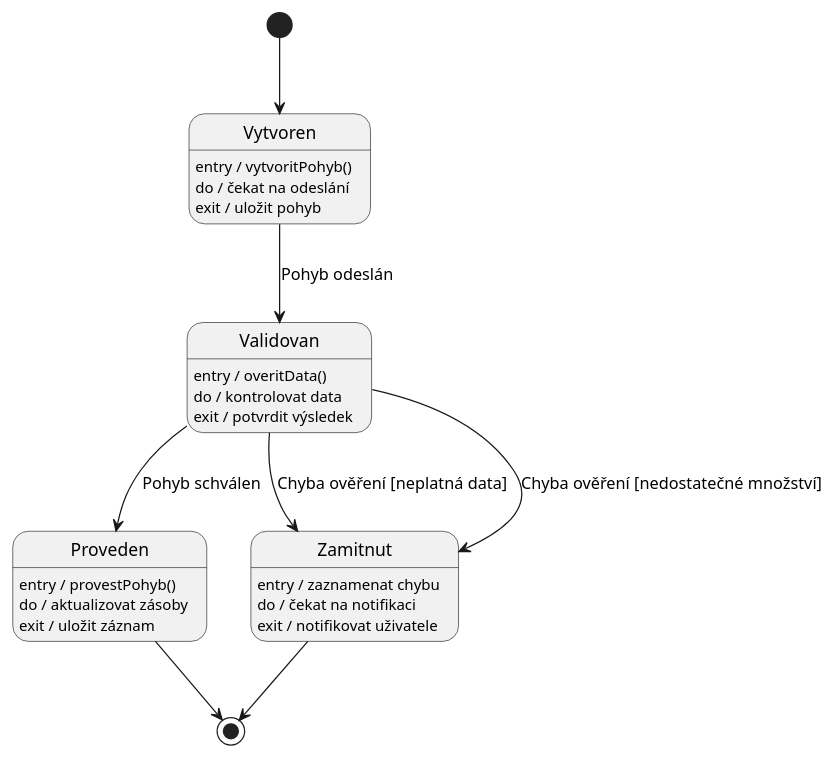
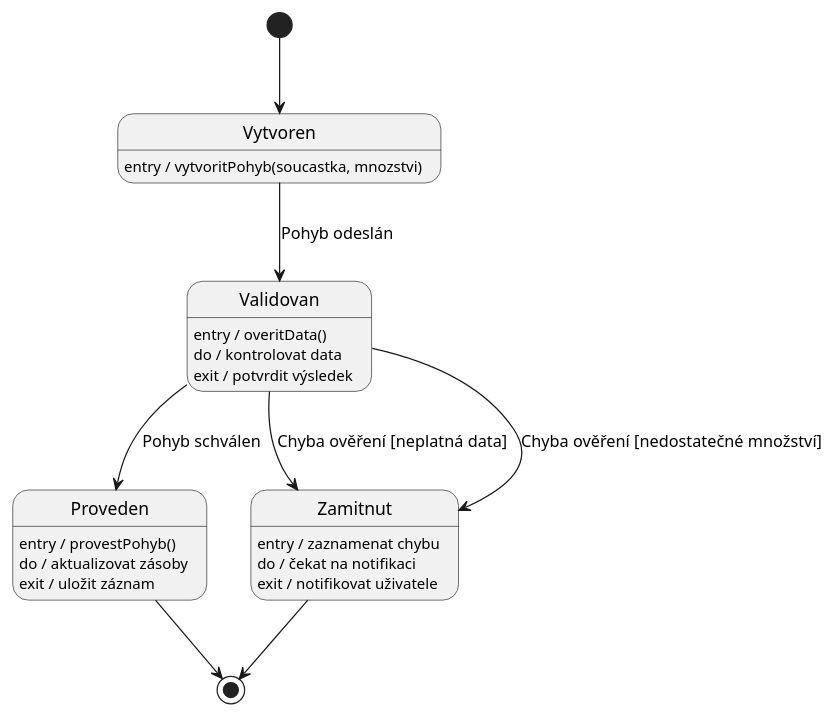
Before and after one commit to lkvapil/kOdevzdaniProjektWMS: the diagram in diagrams/09_state_pohyb_skladu.puml, drawn with PlantUML. The commit also changed 6 other files, not shown here.

Commit message:
fix: uprav diagramy a text - pojmy, parametry, scenare, stavove diagramy

```diff
--- a/diagrams/09_state_pohyb_skladu.puml
+++ b/diagrams/09_state_pohyb_skladu.puml
@@ -1,34 +1,32 @@
 @startuml
 top to bottom direction
 
 ' Bod 6: míchání stavů podtříd do nadtřídy - pouze jeden stav Proveden
 ' Bod 3: zakončovací přechody bez názvu události
 
 [*] --> Vytvoren
 
-Vytvoren : entry / vytvoritPohyb()
-Vytvoren : do / čekat na odeslání
-Vytvoren : exit / uložit pohyb
+Vytvoren : entry / vytvoritPohyb(soucastka, mnozstvi)
 Vytvoren --> Validovan : Pohyb odeslán
 
 Validovan : entry / overitData()
 Validovan : do / kontrolovat data
 Validovan : exit / potvrdit výsledek
 Validovan --> Proveden  : Pohyb schválen
 Validovan --> Zamitnut  : Chyba ověření [neplatná data]
 Validovan --> Zamitnut  : Chyba ověření [nedostatečné množství]
 
 Zamitnut : entry / zaznamenat chybu
 Zamitnut : do / čekat na notifikaci
 Zamitnut : exit / notifikovat uživatele
 
 ' Proveden – polymorfně spustí provestPohyb() konkrétní podtřídy
 Proveden : entry / provestPohyb()
 Proveden : do / aktualizovat zásoby
 Proveden : exit / uložit záznam
 
 ' zakončovací přechody bez názvu události
 Proveden --> [*]
 Zamitnut --> [*]
 
 @enduml
```
